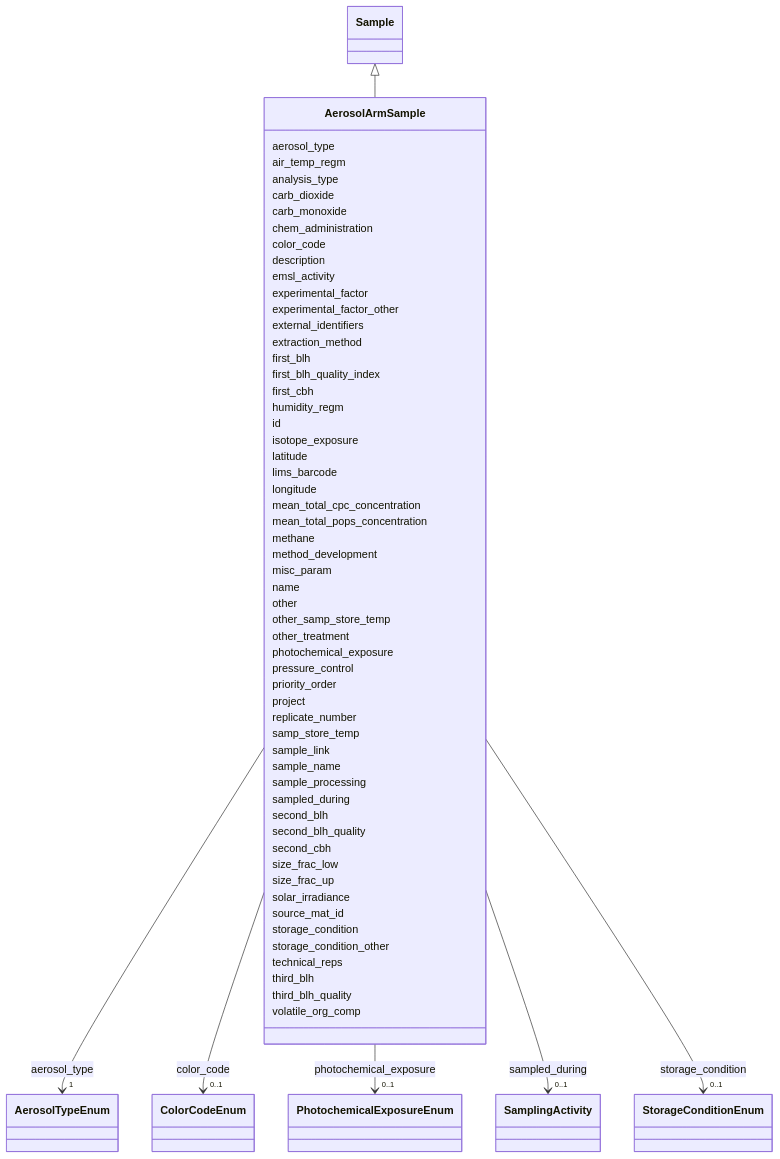
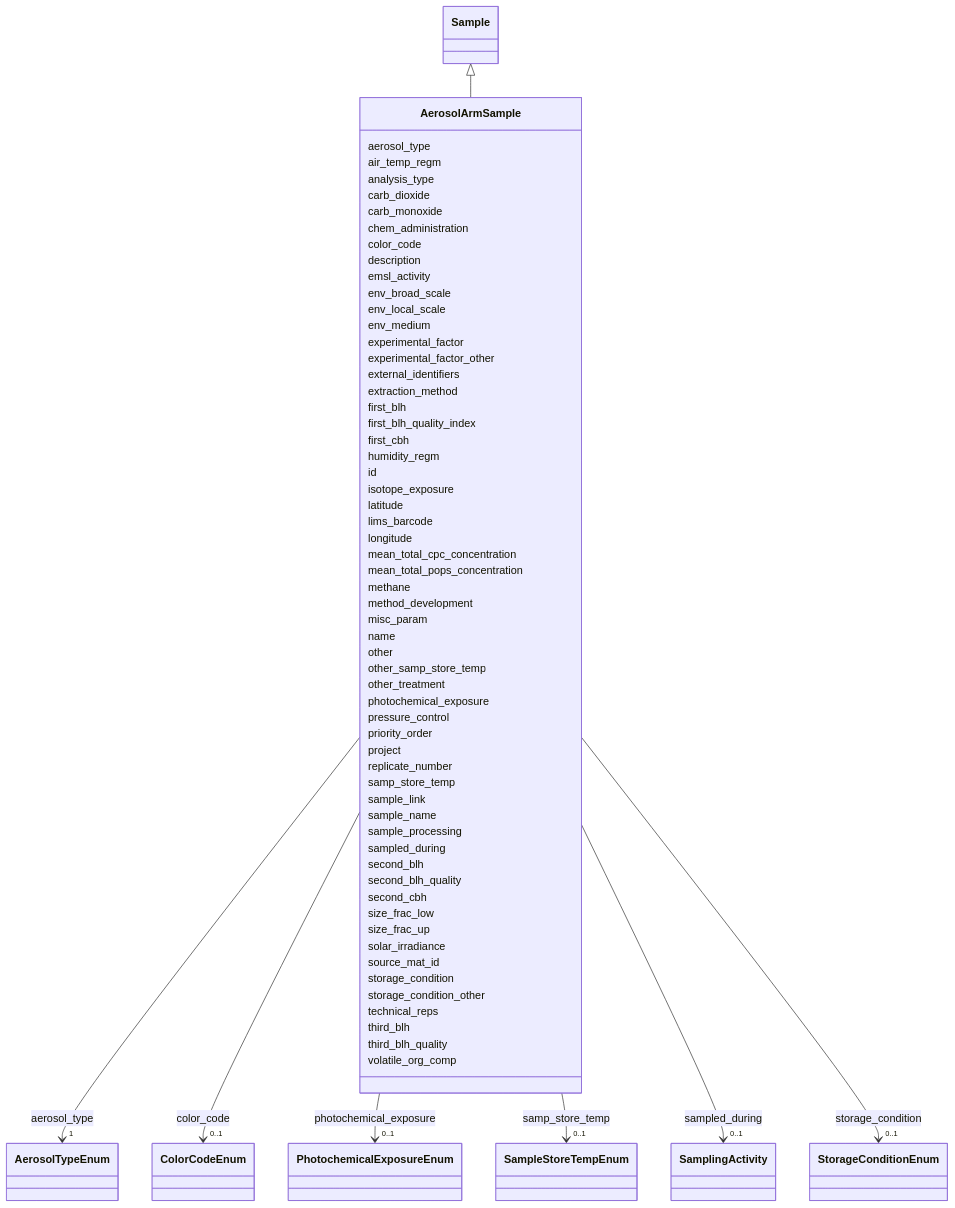
The diagram in docs/elements/AerosolArmSample.md (EMSL-Computing/BASALT-Schema), drawn with Mermaid before and after one commit. The commit also changed other lines of this file and 388 other files, not shown here.

```diff
--- a/docs/elements/AerosolArmSample.md
+++ b/docs/elements/AerosolArmSample.md
@@ -60,6 +60,12 @@
       AerosolArmSample : description
         
       AerosolArmSample : emsl_activity
+        
+      AerosolArmSample : env_broad_scale
+        
+      AerosolArmSample : env_local_scale
+        
+      AerosolArmSample : env_medium
         
       AerosolArmSample : experimental_factor
         
@@ -135,6 +141,11 @@
           
     
     
+    
+    
+    AerosolArmSample --> "0..1" SampleStoreTempEnum : samp_store_temp
+    click SampleStoreTempEnum href "../SampleStoreTempEnum"
+    
 
         
       AerosolArmSample : sample_link
```
